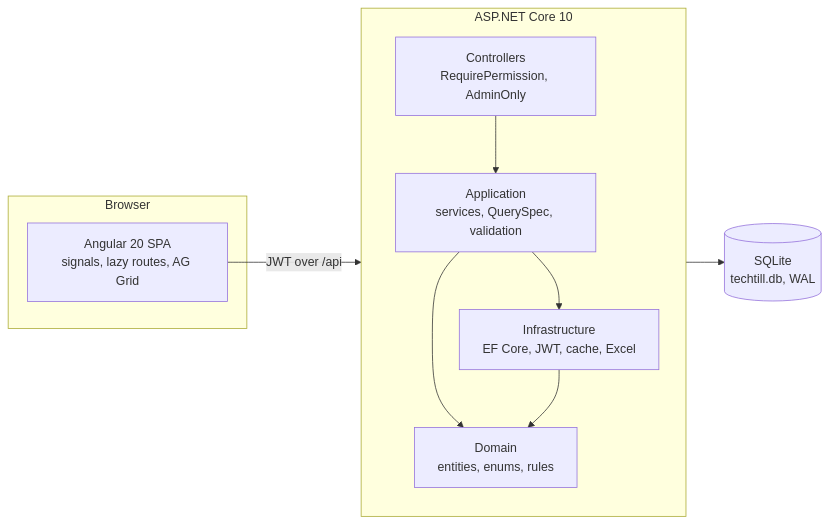
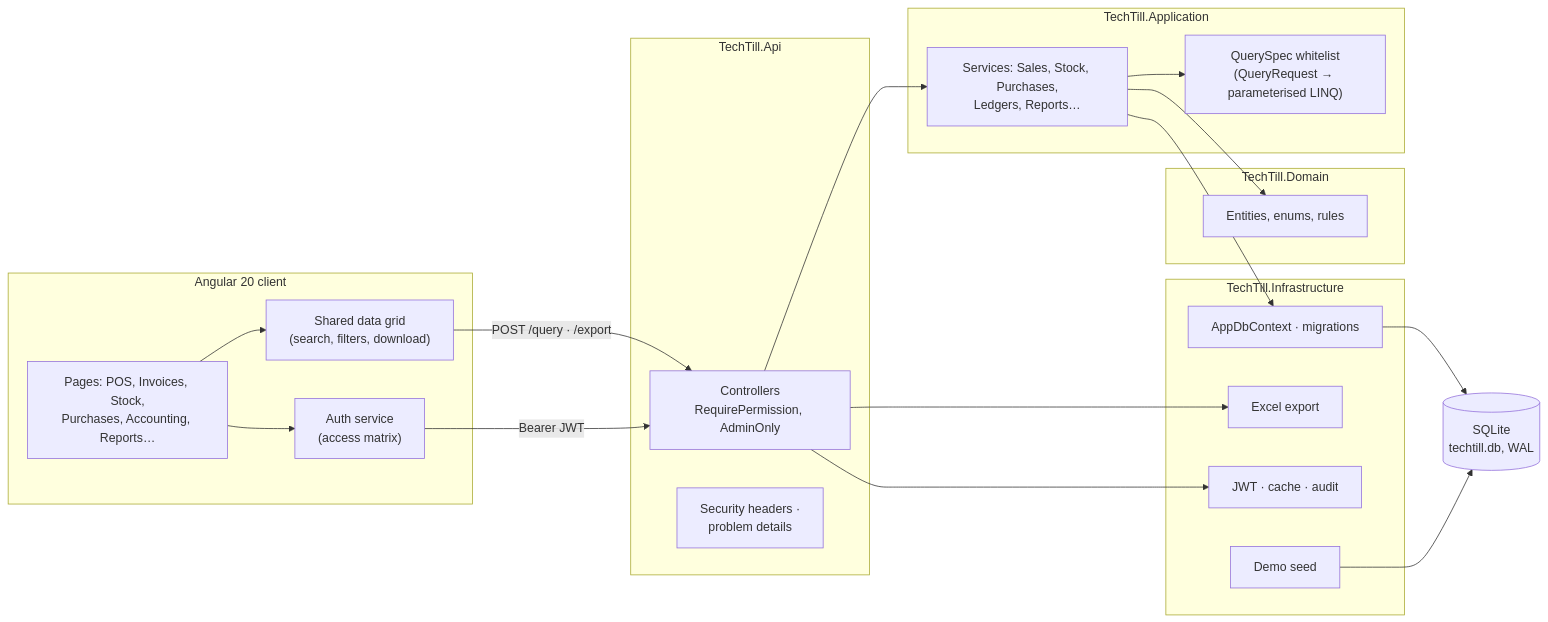
The first of 2 diagrams in README.md (asimhashmi47/Tech-Till), drawn with Mermaid before and after one commit. The commit also changed other lines of this file and 131 other files, not shown here.

````diff
--- a/README.md
+++ b/README.md
@@ -75,22 +375,44 @@
 ```mermaid
 flowchart LR
-  subgraph Browser
-    NG["Angular 20 SPA<br/>signals, lazy routes, AG Grid"]
-  end
+    subgraph Browser["Angular 20 client"]
+        UI["Pages: POS, Invoices, Stock,<br/>Purchases, Accounting, Reports…"]
+        DT["Shared data grid<br/>(search, filters, download)"]
+        AUTH["Auth service<br/>(access matrix)"]
+        UI --> DT
+        UI --> AUTH
+    end
 
-  subgraph API["ASP.NET Core 10"]
-    direction TB
-    C["Controllers<br/>RequirePermission, AdminOnly"]
-    A["Application<br/>services, QuerySpec, validation"]
-    I["Infrastructure<br/>EF Core, JWT, cache, Excel"]
-    D["Domain<br/>entities, enums, rules"]
-    C --> A --> I
-    A --> D
-    I --> D
-  end
+    subgraph Api["TechTill.Api"]
+        CTRL["Controllers<br/>RequirePermission, AdminOnly"]
+        MW["Security headers ·<br/>problem details"]
+    end
 
-  DB[("SQLite<br/>techtill.db, WAL")]
+    subgraph App["TechTill.Application"]
+        SVC["Services: Sales, Stock, Purchases,<br/>Ledgers, Reports…"]
+        QE["QuerySpec whitelist<br/>(QueryRequest → parameterised LINQ)"]
+    end
 
-  NG -- "JWT over /api" --> C
-  I --> DB
+    subgraph Dom["TechTill.Domain"]
+        ENT["Entities, enums, rules"]
+    end
+
+    subgraph Infra["TechTill.Infrastructure"]
+        EF["AppDbContext · migrations"]
+        EXP["Excel export"]
+        SEC["JWT · cache · audit"]
+        SEED["Demo seed"]
+    end
+
+    DB[("SQLite<br/>techtill.db, WAL")]
+
+    AUTH -- "Bearer JWT" --> CTRL
+    DT -- "POST /query · /export" --> CTRL
+    CTRL --> SVC
+    SVC --> QE
+    SVC --> ENT
+    SVC --> EF
+    CTRL --> EXP
+    CTRL --> SEC
+    EF --> DB
+    SEED --> DB
 ```
````
